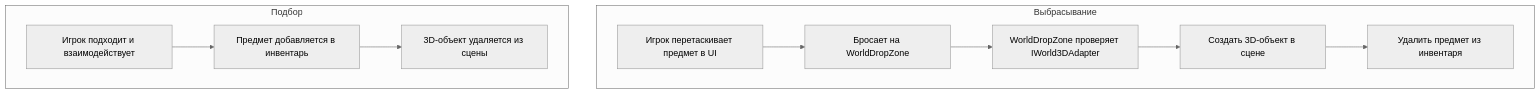
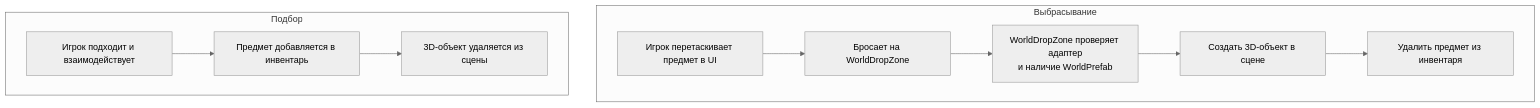
Before and after one commit to SergeevSergey99/DragAndDropSystem-Docs: the second of 2 diagrams in .docs/content/systems/world-3d.md, drawn with Mermaid (neutral theme). The commit also changed other lines of this file and 15 other files, not shown here.

````diff
--- a/.docs/content/systems/world-3d.md
+++ b/.docs/content/systems/world-3d.md
@@ -72,14 +71,14 @@
 ```mermaid
 flowchart TD
     subgraph Drop["Выбрасывание"]
         A["Игрок перетаскивает предмет в UI"] --> B["Бросает на WorldDropZone"]
-        B --> C["WorldDropZone проверяет IWorld3DAdapter"]
+        B --> C["WorldDropZone проверяет адаптер\nи наличие WorldPrefab"]
         C --> D["Создать 3D-объект в сцене"]
         D --> E["Удалить предмет из инвентаря"]
     end
 
     subgraph Pickup["Подбор"]
         F["Игрок подходит и взаимодействует"] --> G["Предмет добавляется в инвентарь"]
         G --> H["3D-объект удаляется из сцены"]
     end
 ```
````
